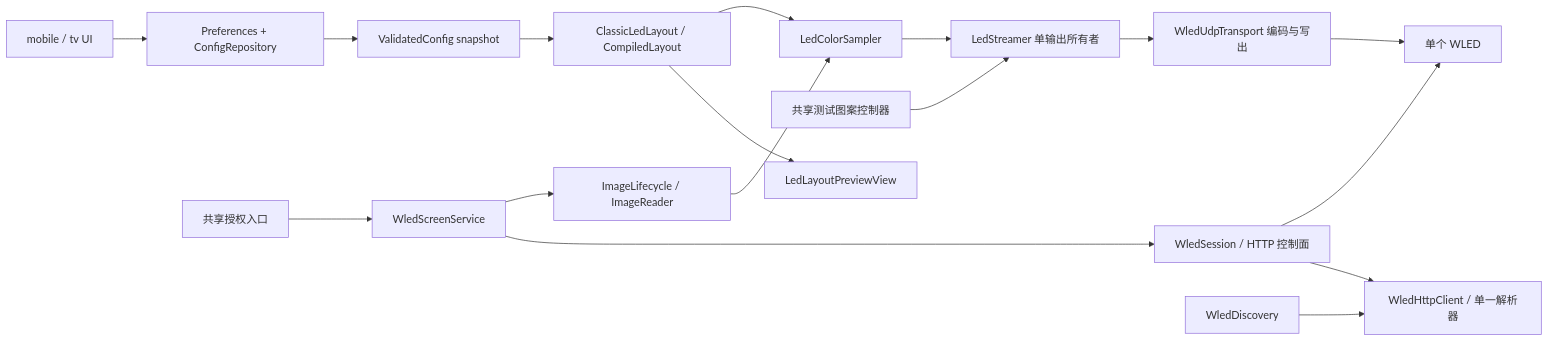
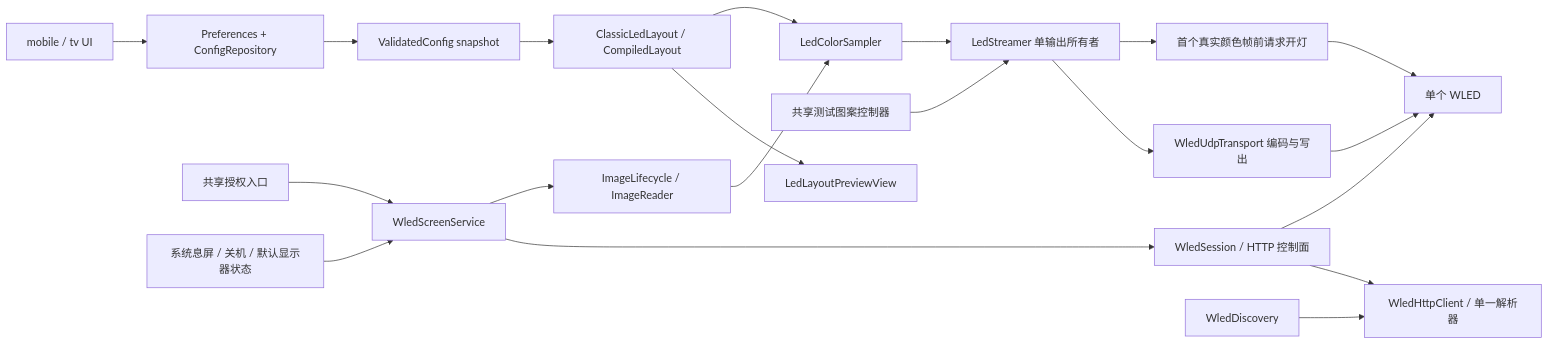
The diagram in docs/design/architecture.md (charli117/WLED-Grabber), drawn with Mermaid before and after one commit. The commit also changed other lines of this file and 30 other files, not shown here.

````diff
--- a/docs/design/architecture.md
+++ b/docs/design/architecture.md
@@ -64,19 +64,22 @@
 ```mermaid
 flowchart LR
   UI[mobile / tv UI] --> CONFIG[Preferences + ConfigRepository]
   CONFIG --> SNAP[ValidatedConfig snapshot]
   SNAP --> PLAN[ClassicLedLayout / CompiledLayout]
   CONSENT[共享授权入口] --> SVC[WledScreenService]
+  POWER[系统息屏 / 关机 / 默认显示器状态] --> SVC
   SVC --> ENC[ImageLifecycle / ImageReader]
   ENC --> SAMPLE[LedColorSampler]
   PLAN --> SAMPLE
   SAMPLE --> STREAM[LedStreamer 单输出所有者]
   PATTERN[共享测试图案控制器] --> STREAM
+  STREAM --> FIRST[首个真实颜色帧前请求开灯]
+  FIRST --> DEVICE
   STREAM --> UDP[WledUdpTransport 编码与写出]
   UDP --> DEVICE[单个 WLED]
   SVC --> CTRL[WledSession / HTTP 控制面]
   CTRL --> DEVICE
   DISC[WledDiscovery] --> HTTP[WledHttpClient / 单一解析器]
   CTRL --> HTTP
   PLAN --> PREVIEW[LedLayoutPreviewView]
 ```
````
